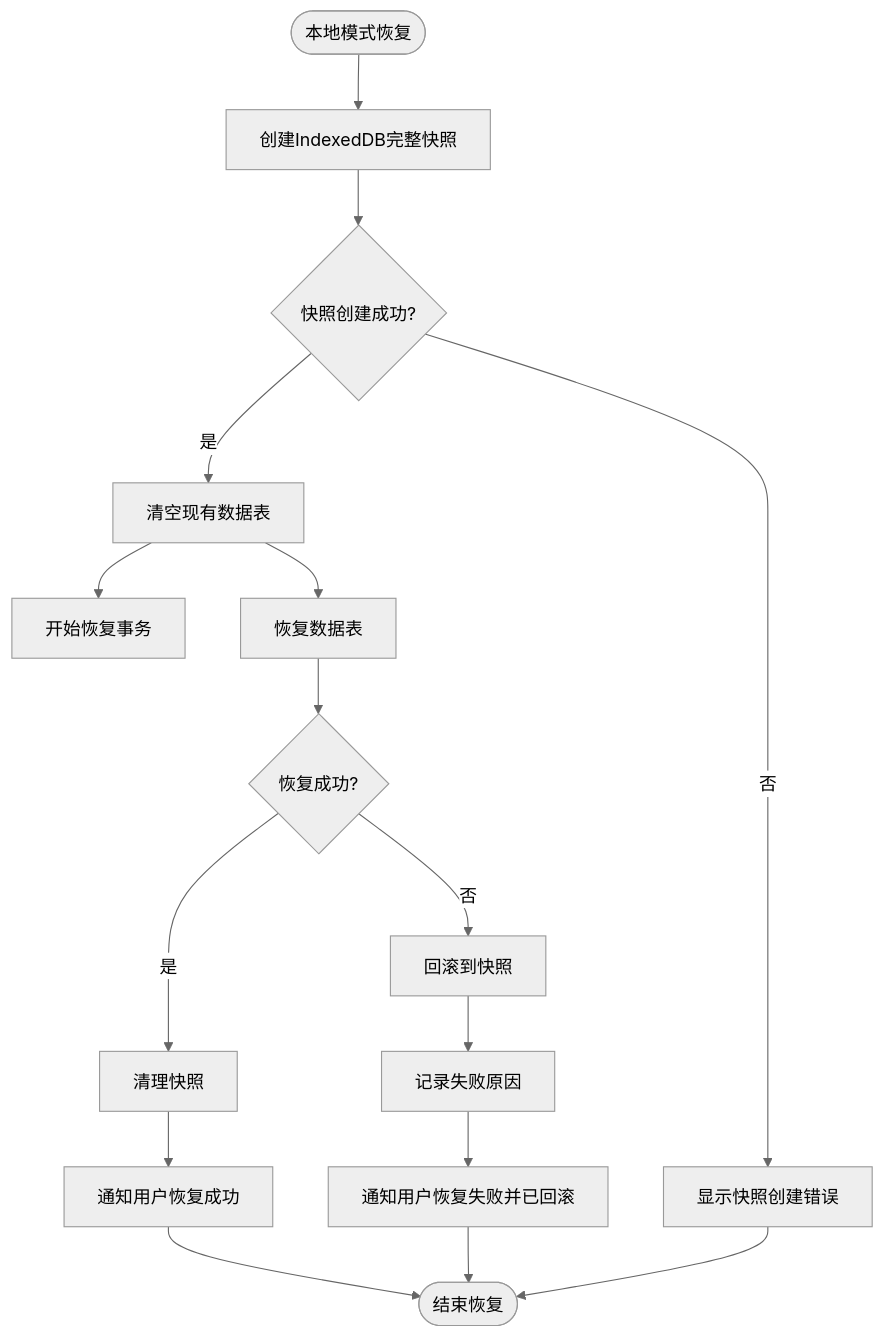
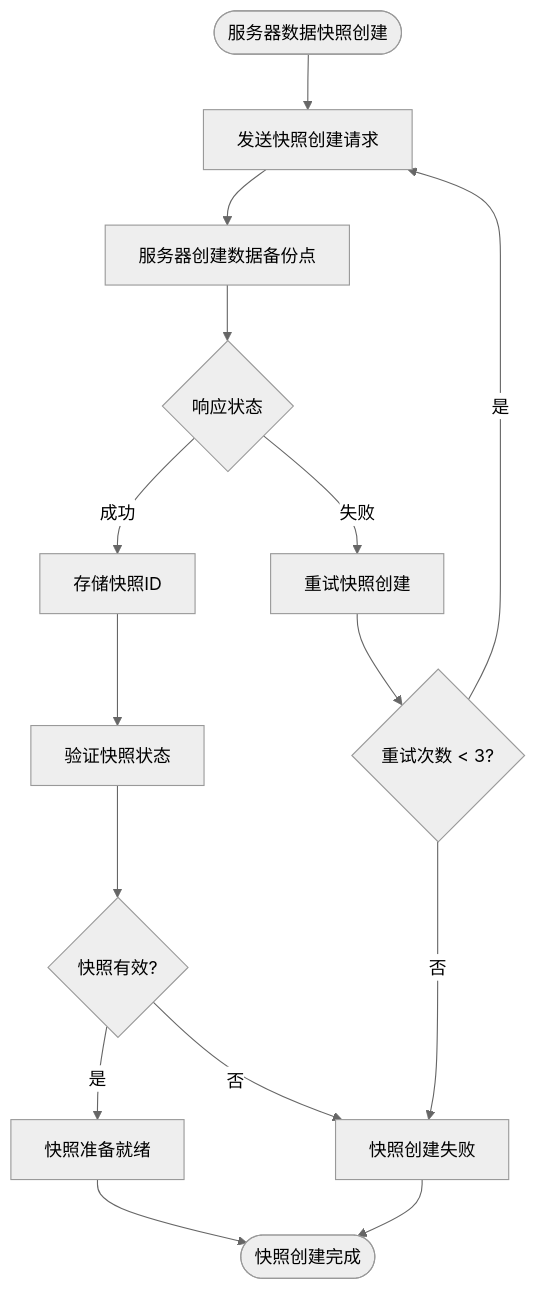
The diagram in all/未命名-53.md (yingjianzh/iodraw-files), drawn with Mermaid (neutral theme) before and after one commit.

Commit message:
2025-05-09 17:17:00 update

````diff
--- a/all/未命名-53.md
+++ b/all/未命名-53.md
@@ -1,25 +1,21 @@
 ```mermaid
 flowchart TD
-    Start([本地模式恢复]) --> CreateSnapshot[创建IndexedDB完整快照]
-    CreateSnapshot --> SnapshotCreated{快照创建成功?}
+    Start([服务器数据快照创建]) --> APIRequest[发送快照创建请求]
+    APIRequest --> ServerResponse[服务器创建数据备份点]
     
-    SnapshotCreated -->|否| ShowSnapshotError[显示快照创建错误]
-    SnapshotCreated -->|是| ClearExistingData[清空现有数据表]
+    ServerResponse --> Response{响应状态}
+    Response -->|成功| StoreSnapshotID[存储快照ID]
+    Response -->|失败| RetrySnapshot[重试快照创建]
     
-    ClearExistingData --> BeginTransaction[开始恢复事务]
-    ClearExistingData --> RestoreDataTables[恢复数据表]
+    RetrySnapshot --> RetryCount{重试次数 < 3?}
+    RetryCount -->|是| APIRequest
+    RetryCount -->|否| FailSnapshot[快照创建失败]
     
-    RestoreDataTables --> Success{恢复成功?}
-    Success -->|是| CleanupSnapshot[清理快照]
-    Success -->|否| RollbackChanges[回滚到快照]
+    StoreSnapshotID --> VerifySnapshot[验证快照状态]
+    VerifySnapshot --> SnapshotValid{快照有效?}
+    SnapshotValid -->|是| SnapshotReady[快照准备就绪]
+    SnapshotValid -->|否| FailSnapshot
     
-    
-    RollbackChanges --> LogFailure[记录失败原因]
-    
-    CleanupSnapshot --> NotifySuccess[通知用户恢复成功]
-    LogFailure --> NotifyFailure[通知用户恢复失败并已回滚]
-    
-    NotifySuccess --> End([结束恢复])
-    NotifyFailure --> End
-    ShowSnapshotError --> End
+    SnapshotReady --> End([快照创建完成])
+    FailSnapshot --> End
 ```
````
